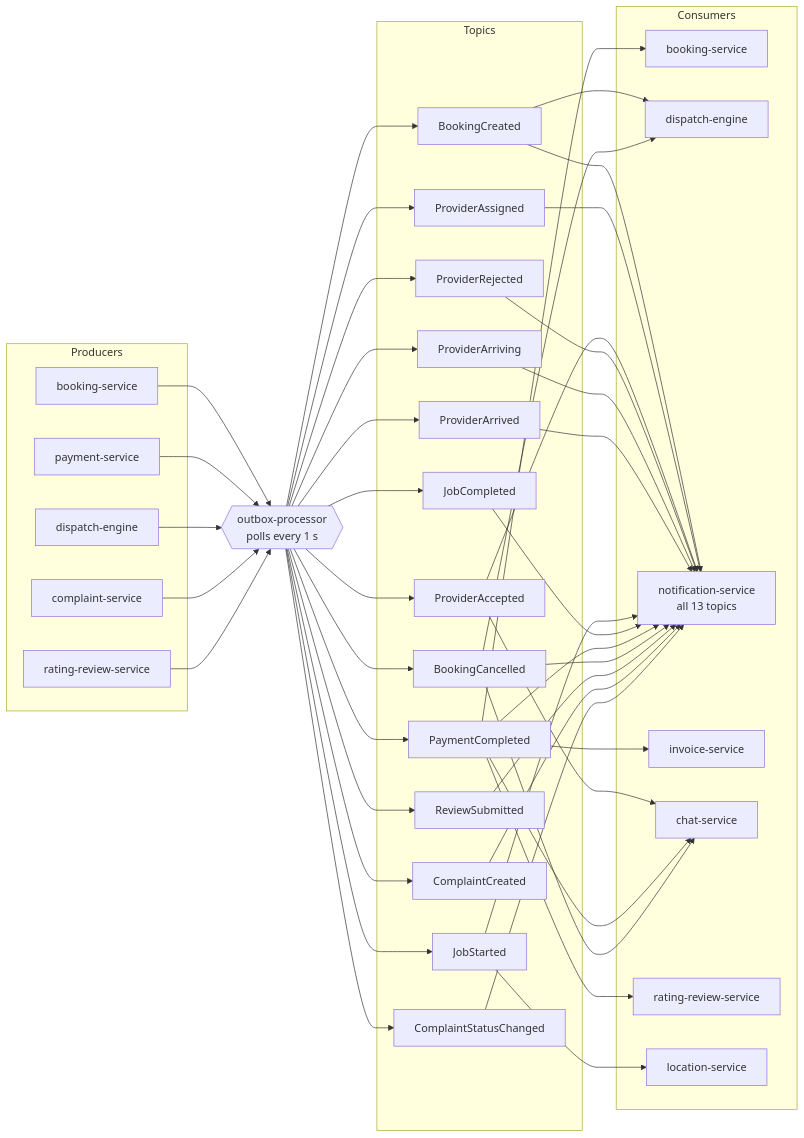
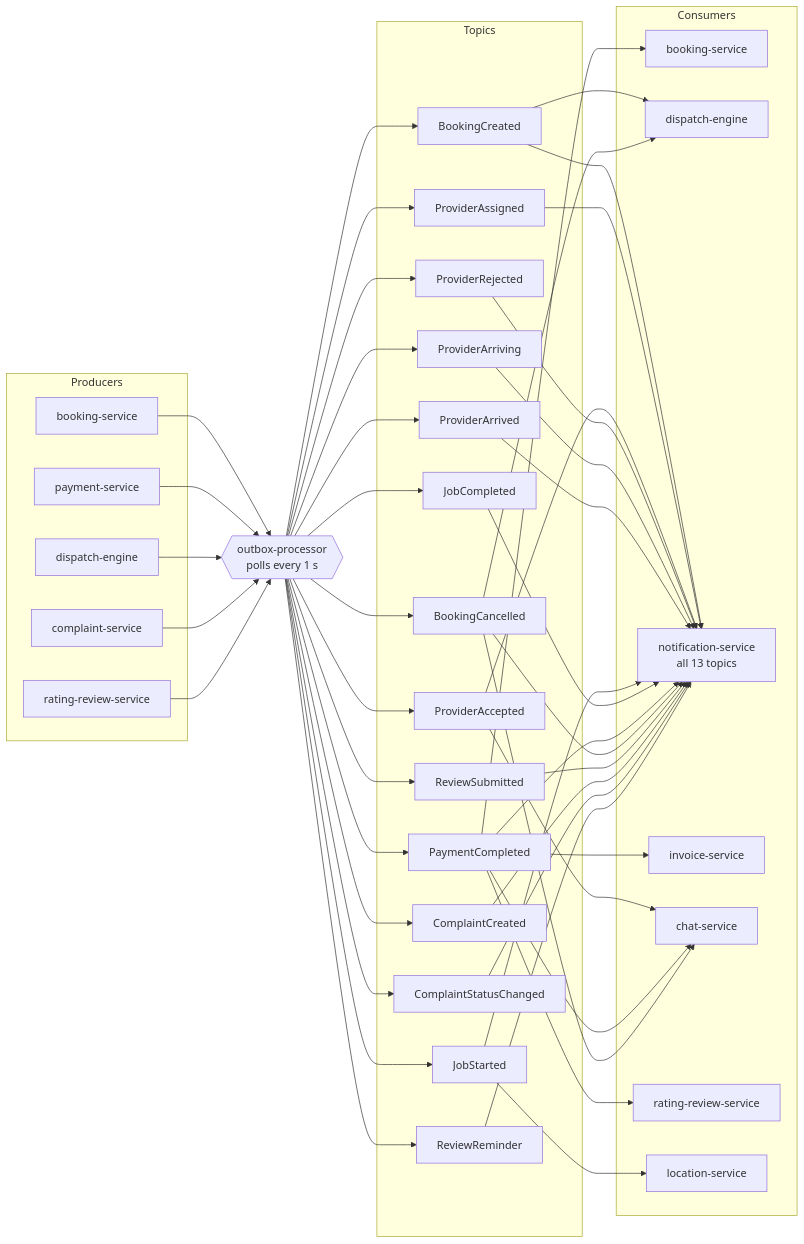
One commit to condigence/ji-hajoor changed diagram 16 of 31 in docs/ARCHITECTURE.md. Above: the diagram before and after it, drawn with Mermaid. The commit also changed other lines of this file and 34 other files, not shown here.

````diff
--- a/docs/ARCHITECTURE.md
+++ b/docs/ARCHITECTURE.md
@@ -660,58 +698,59 @@
 ```mermaid
 graph LR
     subgraph Producers
         BOOK["booking-service"]
         PAY["payment-service"]
         DISP["dispatch-engine"]
         CMPL["complaint-service"]
         RATE["rating-review-service"]
     end
 
     OUT{{"outbox-processor<br/>polls every 1 s"}}
 
     subgraph Topics
         T1["BookingCreated"]
         T2["ProviderAssigned"]
         T3["ProviderAccepted"]
         T4["ProviderRejected"]
         T5["ProviderArriving"]
         T6["ProviderArrived"]
         T7["JobStarted"]
         T8["JobCompleted"]
         T9["PaymentCompleted"]
         T10["BookingCancelled"]
         T11["ReviewSubmitted"]
         T12["ComplaintCreated"]
         T13["ComplaintStatusChanged"]
+        T14["ReviewReminder"]
     end
 
     subgraph Consumers
         CBOOK["booking-service"]
         CDISP["dispatch-engine"]
         CNOTIF["notification-service<br/>all 13 topics"]
         CINV["invoice-service"]
         CCHAT["chat-service"]
         CRATE["rating-review-service"]
         CLOC["location-service"]
     end
 
     BOOK --> OUT
     PAY --> OUT
     DISP --> OUT
     CMPL --> OUT
     RATE --> OUT
 
     OUT --> T1 & T2 & T3 & T4 & T5 & T6 & T7 & T8 & T9 & T10 & T11
-    OUT --> T12 & T13
+    OUT --> T12 & T13 & T14
 
     T1 --> CDISP
     T10 --> CDISP
     T3 --> CCHAT
     T9 --> CBOOK
     T9 --> CINV
     T9 --> CRATE
     T9 --> CCHAT
     T10 --> CCHAT
     T7 --> CLOC
-    T1 & T2 & T3 & T4 & T5 & T6 & T7 & T8 & T9 & T10 & T11 & T12 & T13 --> CNOTIF
+    T1 & T2 & T3 & T4 & T5 & T6 & T7 & T8 & T9 & T10 & T11 & T12 & T13 & T14 --> CNOTIF
 ```
````
